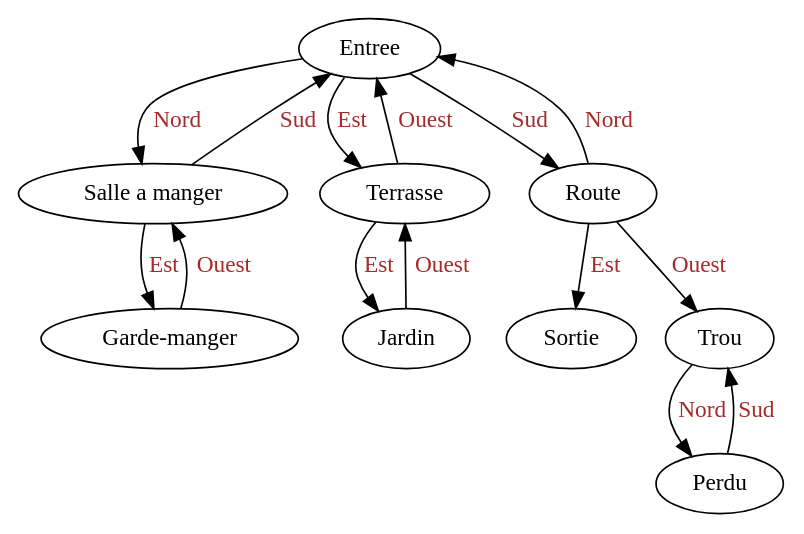
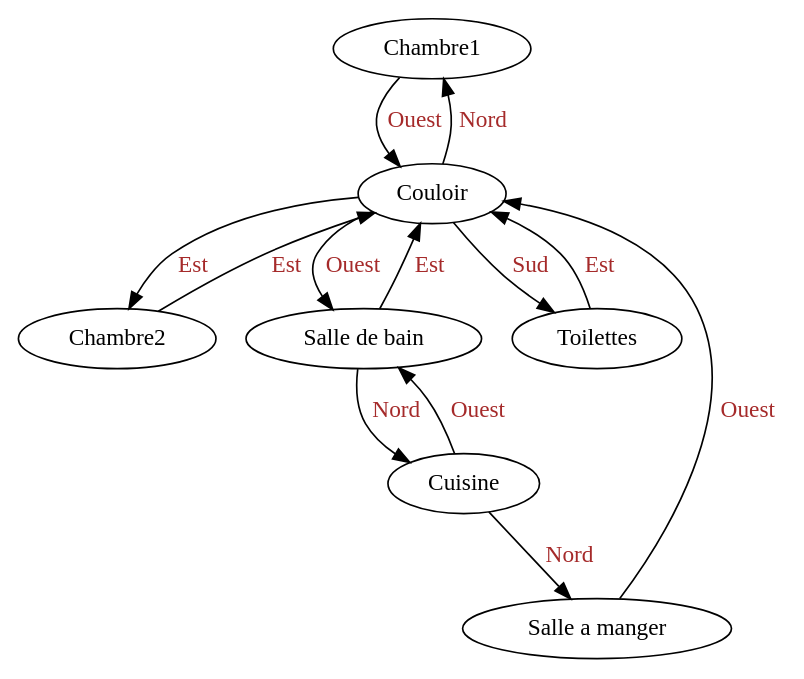
One commit to JESAISaps/KnotsAndStrings changed the diagram in Dots/dot.dot. Above: the diagram before and after it, drawn with Graphviz. The commit also changed 5 other files, not shown here.

```diff
--- a/Dots/dot.dot
+++ b/Dots/dot.dot
@@ -1,16 +1,21 @@
 digraph g{ 
-"Entree" -> "Salle a manger" [label = "Nord"] [fontcolor=brown]
-"Entree" -> "Terrasse" [label = "Est"] [fontcolor=brown]
-"Entree" -> "Route" [label = "Sud"] [fontcolor=brown]
-"Salle a manger" -> "Entree" [label = "Sud"] [fontcolor=brown]
-"Salle a manger" -> "Garde-manger" [label = "Est"] [fontcolor=brown]
-"Terrasse" -> "Jardin" [label = "Est"] [fontcolor=brown]
-"Terrasse" -> "Entree" [label = "Ouest"] [fontcolor=brown]
-"Route" -> "Entree" [label = "Nord"] [fontcolor=brown]
-"Route" -> "Sortie" [label = "Est"] [fontcolor=brown]
-"Route" -> "Trou" [label = "Ouest"] [fontcolor=brown]
-"Garde-manger" -> "Salle a manger" [label = "Ouest"] [fontcolor=brown]
-"Jardin" -> "Terrasse" [label = "Ouest"] [fontcolor=brown]
-"Trou" -> "Perdu" [label = "Nord"] [fontcolor=brown]
-"Perdu" -> "Trou" [label = "Sud"] [fontcolor=brown]
+"Chambre1";
+"Chambre1" -> "Couloir" [label = "Ouest"] [fontcolor=brown]
+"Chambre2";
+"Chambre2" -> "Couloir" [label = "Est"] [fontcolor=brown]
+"Salle de bain";
+"Salle de bain" -> "Cuisine" [label = "Nord"][fontcolor=brown]
+"Salle de bain" -> "Couloir" [label = "Est"] [fontcolor=brown]
+"Salle a manger";
+"Salle a manger" -> "Couloir" [label = "Ouest"] [fontcolor=brown]
+"Toilettes";
+"Toilettes" -> "Couloir" [label = "Est"] [fontcolor=brown]
+"Couloir";
+"Couloir" -> "Chambre1" [label = "Nord"] [fontcolor=brown]
+"Couloir" -> "Chambre2" [label = "Est"] [fontcolor=brown]
+"Couloir" -> "Salle de bain" [label = "Ouest"] [fontcolor=brown]
+"Couloir" -> "Toilettes" [label = "Sud"] [fontcolor=brown]
+"Cuisine";
+"Cuisine" -> "Salle a manger" [label = "Nord"] [fontcolor=brown]
+"Cuisine" -> "Salle de bain" [label = "Ouest"] [fontcolor=brown]
 }
```
